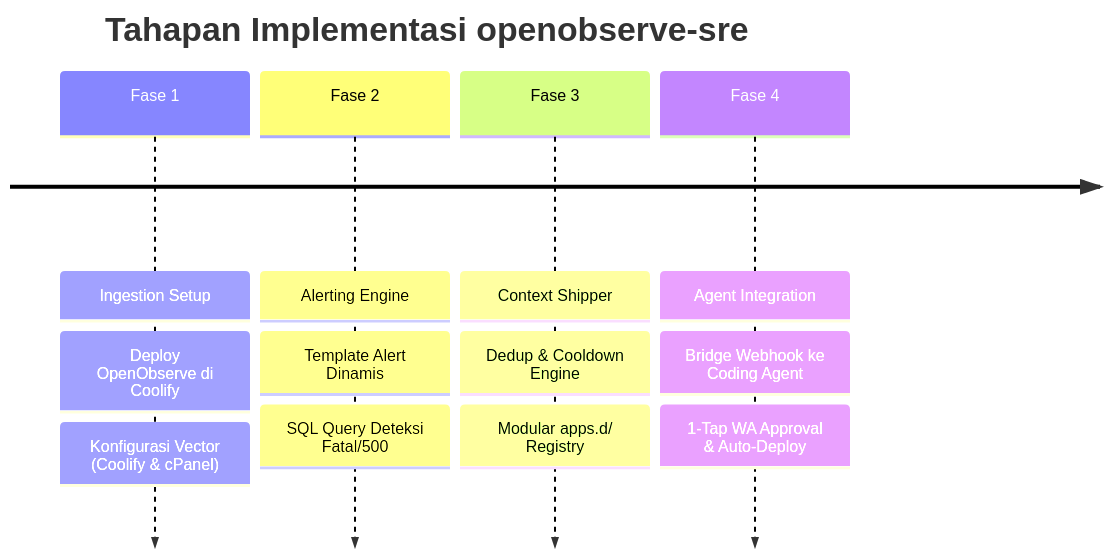
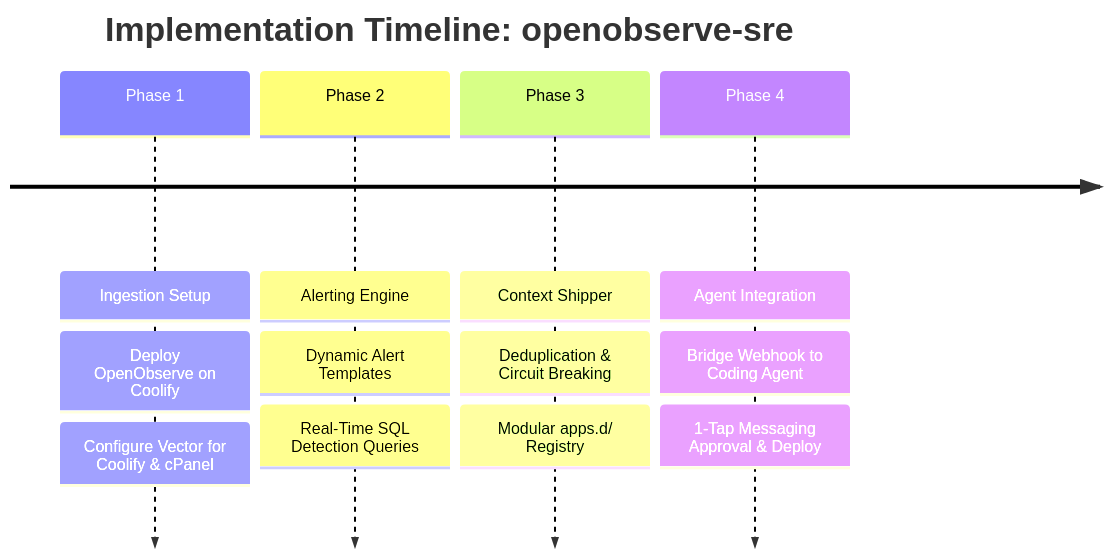
One commit to ihkaru/openobserve-sre changed the diagram in docs/ROADMAP.md. Above: the diagram before and after it, drawn with Mermaid. The commit also changed other lines of this file and 4 other files, not shown here.

````diff
--- a/docs/ROADMAP.md
+++ b/docs/ROADMAP.md
@@ -9,8 +9,8 @@
 ```mermaid
 timeline
-    title Tahapan Implementasi openobserve-sre
-    Fase 1 : Ingestion Setup : Deploy OpenObserve di Coolify : Konfigurasi Vector (Coolify & cPanel)
-    Fase 2 : Alerting Engine : Template Alert Dinamis : SQL Query Deteksi Fatal/500
-    Fase 3 : Context Shipper : Dedup & Cooldown Engine : Modular apps.d/ Registry
-    Fase 4 : Agent Integration : Bridge Webhook ke Coding Agent : 1-Tap WA Approval & Auto-Deploy
+    title Implementation Timeline: openobserve-sre
+    Phase 1 : Ingestion Setup : Deploy OpenObserve on Coolify : Configure Vector for Coolify & cPanel
+    Phase 2 : Alerting Engine : Dynamic Alert Templates : Real-Time SQL Detection Queries
+    Phase 3 : Context Shipper : Deduplication & Circuit Breaking : Modular apps.d/ Registry
+    Phase 4 : Agent Integration : Bridge Webhook to Coding Agent : 1-Tap Messaging Approval & Deploy
 ```
````
